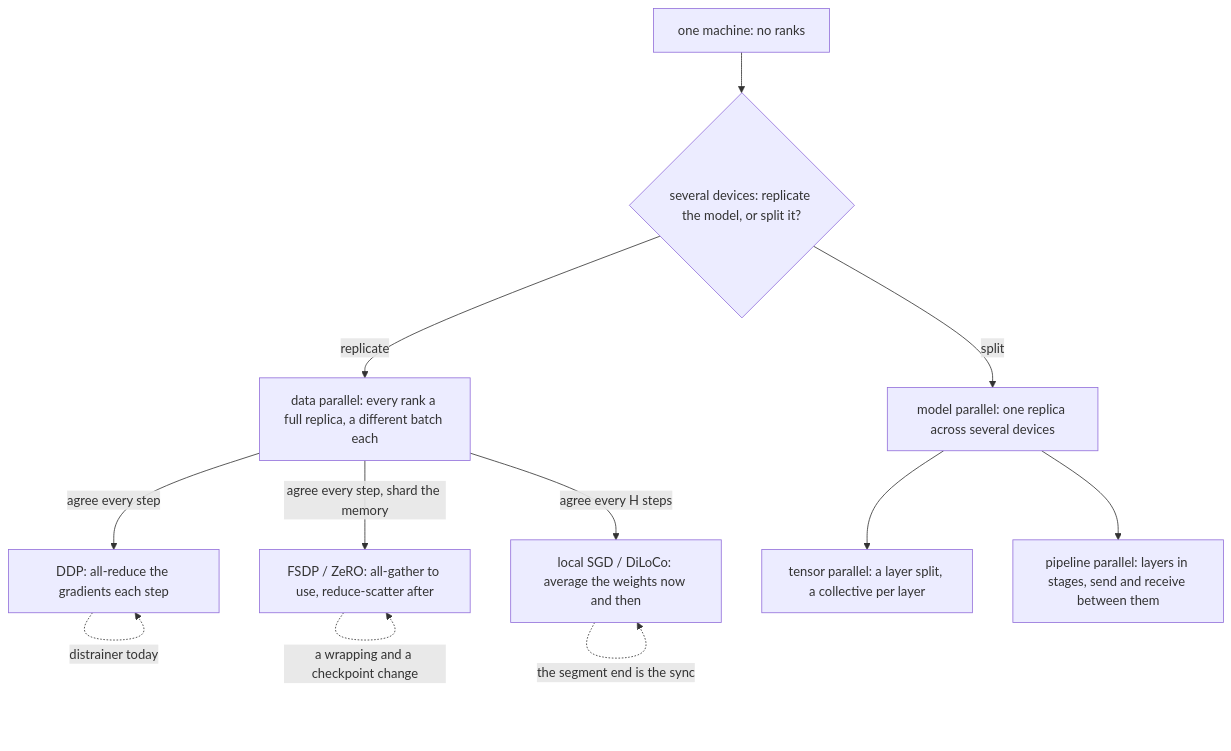
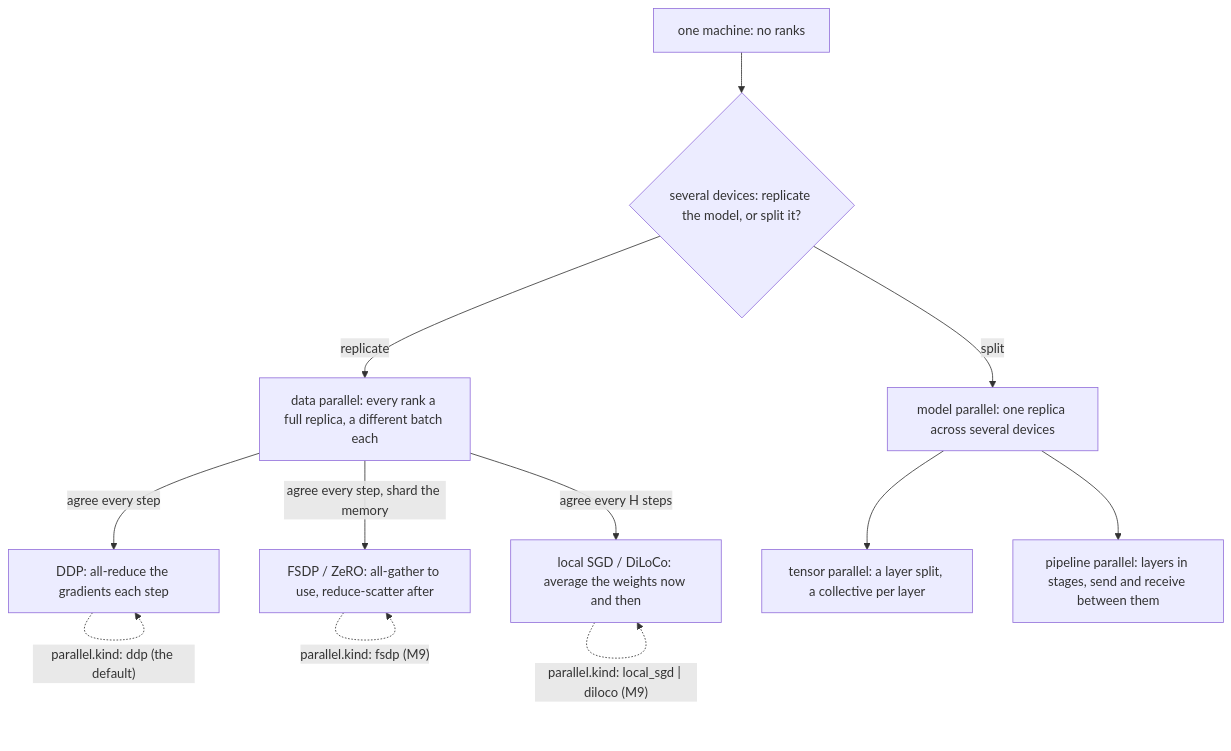
Before and after one commit to rahuldave/distrainer: the first of 18 diagrams in docs/parallelism.md, drawn with Mermaid. The commit also changed other lines of this file and 23 other files, not shown here.

````diff
--- a/docs/parallelism.md
+++ b/docs/parallelism.md
@@ -15,14 +15,14 @@
 ```mermaid
 flowchart TB
   ONE["one machine: no ranks"] --> Q{"several devices: replicate the model, or split it?"}
   Q -- replicate --> DP["data parallel: every rank a full replica, a different batch each"]
   DP -- "agree every step" --> DDP["DDP: all-reduce the gradients each step"]
   DP -- "agree every step, shard the memory" --> FSDP["FSDP / ZeRO: all-gather to use, reduce-scatter after"]
   DP -- "agree every H steps" --> LSGD["local SGD / DiLoCo: average the weights now and then"]
   Q -- split --> MP["model parallel: one replica across several devices"]
   MP --> TP["tensor parallel: a layer split, a collective per layer"]
   MP --> PP["pipeline parallel: layers in stages, send and receive between them"]
-  DDP -. "distrainer today" .-> DDP
-  FSDP -. "a wrapping and a checkpoint change" .-> FSDP
-  LSGD -. "the segment end is the sync" .-> LSGD
+  DDP -. "parallel.kind: ddp (the default)" .-> DDP
+  FSDP -. "parallel.kind: fsdp (M9)" .-> FSDP
+  LSGD -. "parallel.kind: local_sgd | diloco (M9)" .-> LSGD
 ```
````
